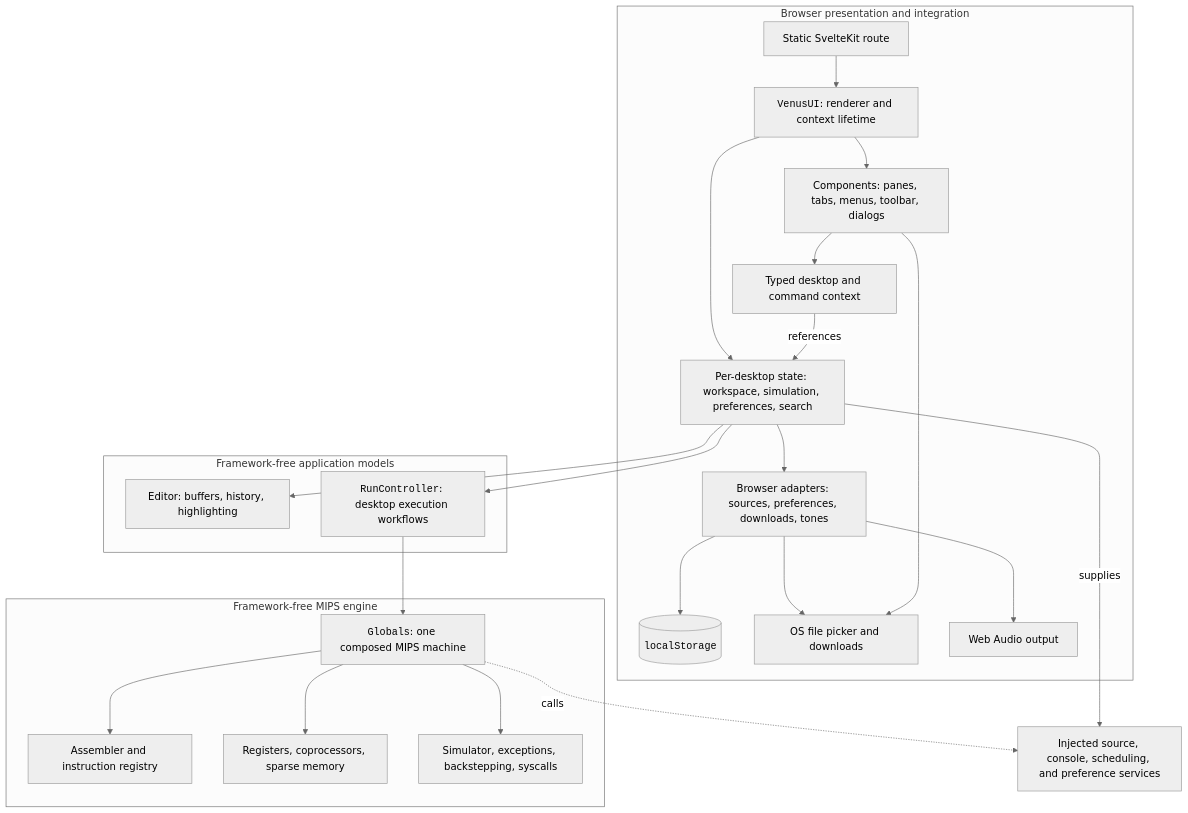
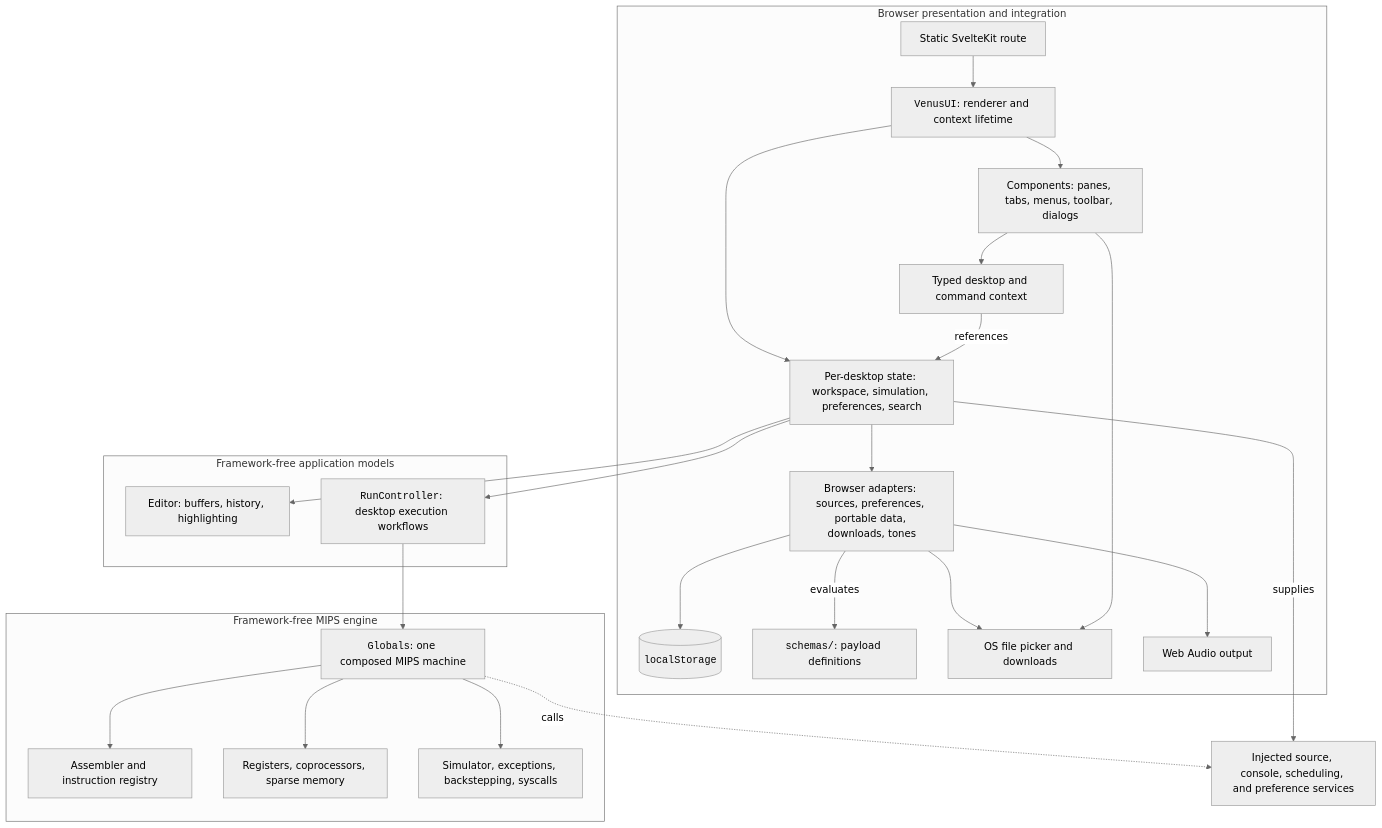
One commit to awpala/MARS-ts changed the first of 5 diagrams in IMPLEMENTATION.md. Above: the diagram before and after it, drawn with Mermaid (neutral theme). The commit also changed other lines of this file and 79 other files, not shown here.

````diff
--- a/IMPLEMENTATION.md
+++ b/IMPLEMENTATION.md
@@ -64,30 +64,31 @@
 ```mermaid
 flowchart TB
     subgraph Browser["Browser presentation and integration"]
         Route["Static SvelteKit route"] --> Desktop["<code>VenusUI</code>: renderer and context lifetime"]
         Desktop --> Components["Components: panes, tabs, menus, toolbar, dialogs"]
         Desktop --> State["Per-desktop state: workspace, simulation, preferences, search"]
         Commands["Typed desktop and command context"] -->|references| State
         Components --> Commands
-        State --> Adapters["Browser adapters: sources, preferences, downloads, tones"]
+        State --> Adapters["Browser adapters: sources, preferences, portable data, downloads, tones"]
         Adapters --> Storage[("<code>localStorage</code>")]
+        Adapters -->|evaluates| Schemas["<code>schemas/</code>: payload definitions"]
         Adapters --> Files["OS file picker and downloads"]
         Adapters --> Audio["Web Audio output"]
         Components --> Files
     end
     subgraph Models["Framework-free application models"]
         Editor["Editor: buffers, history, highlighting"]
         Controller["<code>RunController</code>: desktop execution workflows"]
     end
     subgraph Core["Framework-free MIPS engine"]
         Engine["<code>Globals</code>: one composed MIPS machine"]
         Engine --> Assembly["Assembler and instruction registry"]
         Engine --> Hardware["Registers, coprocessors, sparse memory"]
         Engine --> Simulation["Simulator, exceptions, backstepping, syscalls"]
     end
     State --> Editor
     State --> Controller
     Controller --> Engine
     State -->|supplies| Host["Injected source, console, scheduling, and preference services"]
     Engine -.->|calls| Host
 ```
````
